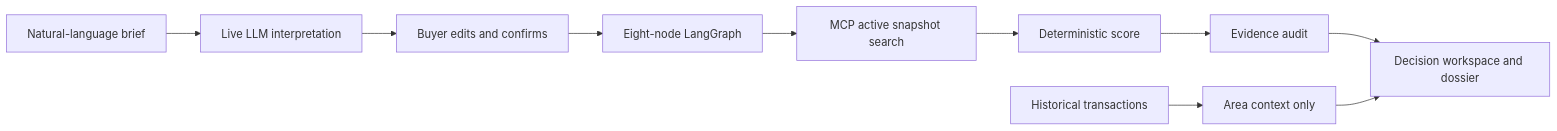
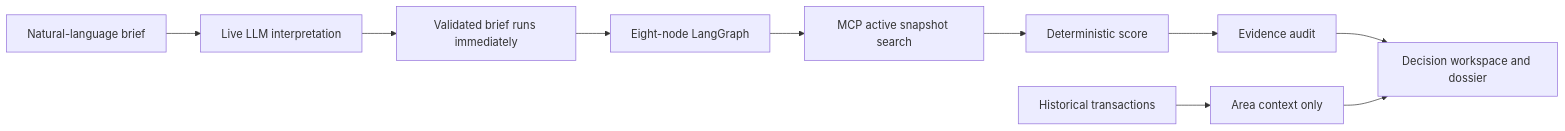
One commit to SherifGamal9441/Agentic-Property changed the diagram in README.md. Above: the diagram before and after it, drawn with Mermaid. The commit also changed other lines of this file and 43 other files, not shown here.

````diff
--- a/README.md
+++ b/README.md
@@ -24,12 +25,12 @@
 ```mermaid
 flowchart LR
   B["Natural-language brief"] --> I["Live LLM interpretation"]
-  I --> C["Buyer edits and confirms"]
+  I --> C["Validated brief runs immediately"]
   C --> G["Eight-node LangGraph"]
   G --> M["MCP active snapshot search"]
   M --> S["Deterministic score"]
   S --> A["Evidence audit"]
   A --> U["Decision workspace and dossier"]
   H["Historical transactions"] --> X["Area context only"]
   X --> U
 ```
````
